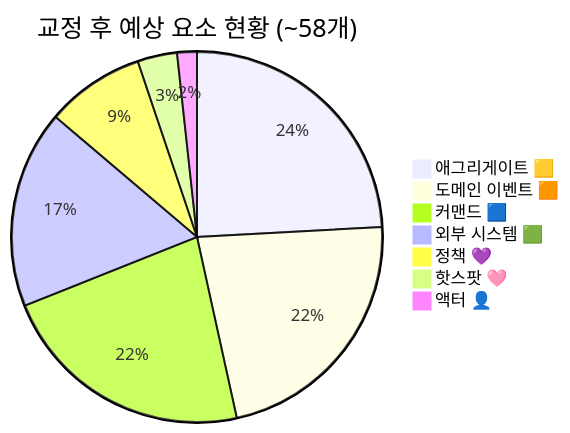
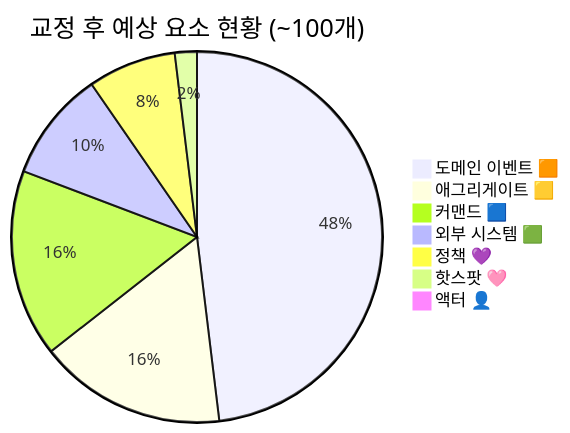
One commit to yeochul-jeon/msa_prj changed the fifth of 10 diagrams in 이벤트스토밍_주문서비스팀_3차워크샵검토.md. Above: the diagram before and after it, drawn with Mermaid. The commit also changed other lines of this file and 91 other files, not shown here.

````diff
--- a/이벤트스토밍_주문서비스팀_3차워크샵검토.md
+++ b/이벤트스토밍_주문서비스팀_3차워크샵검토.md
@@ -282,10 +434,10 @@
 ```mermaid
-pie title 교정 후 예상 요소 현황 (~58개)
-    "애그리게이트 🟨" : 14
-    "도메인 이벤트 🟧" : 13
-    "커맨드 🟦" : 13
+pie title 교정 후 예상 요소 현황 (~100개)
+    "도메인 이벤트 🟧" : 50
+    "애그리게이트 🟨" : 17
+    "커맨드 🟦" : 17
     "외부 시스템 🟩" : 10
-    "정책 💜" : 5
+    "정책 💜" : 8
     "핫스팟 🩷" : 2
     "액터 👤" : 1
 ```
````
